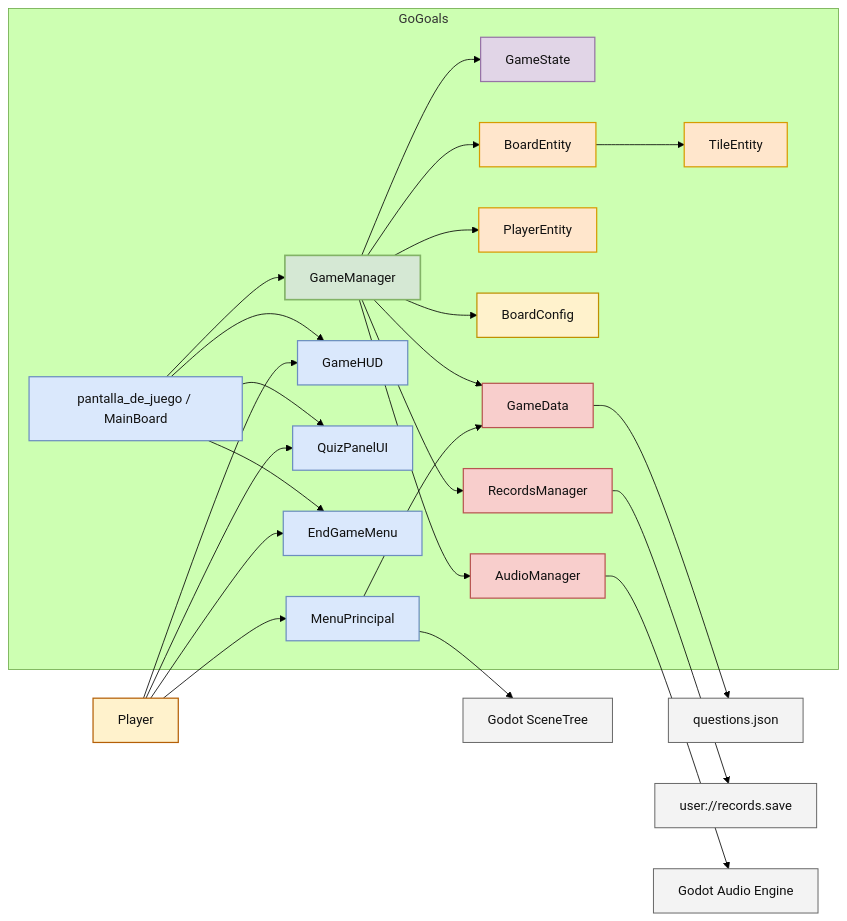
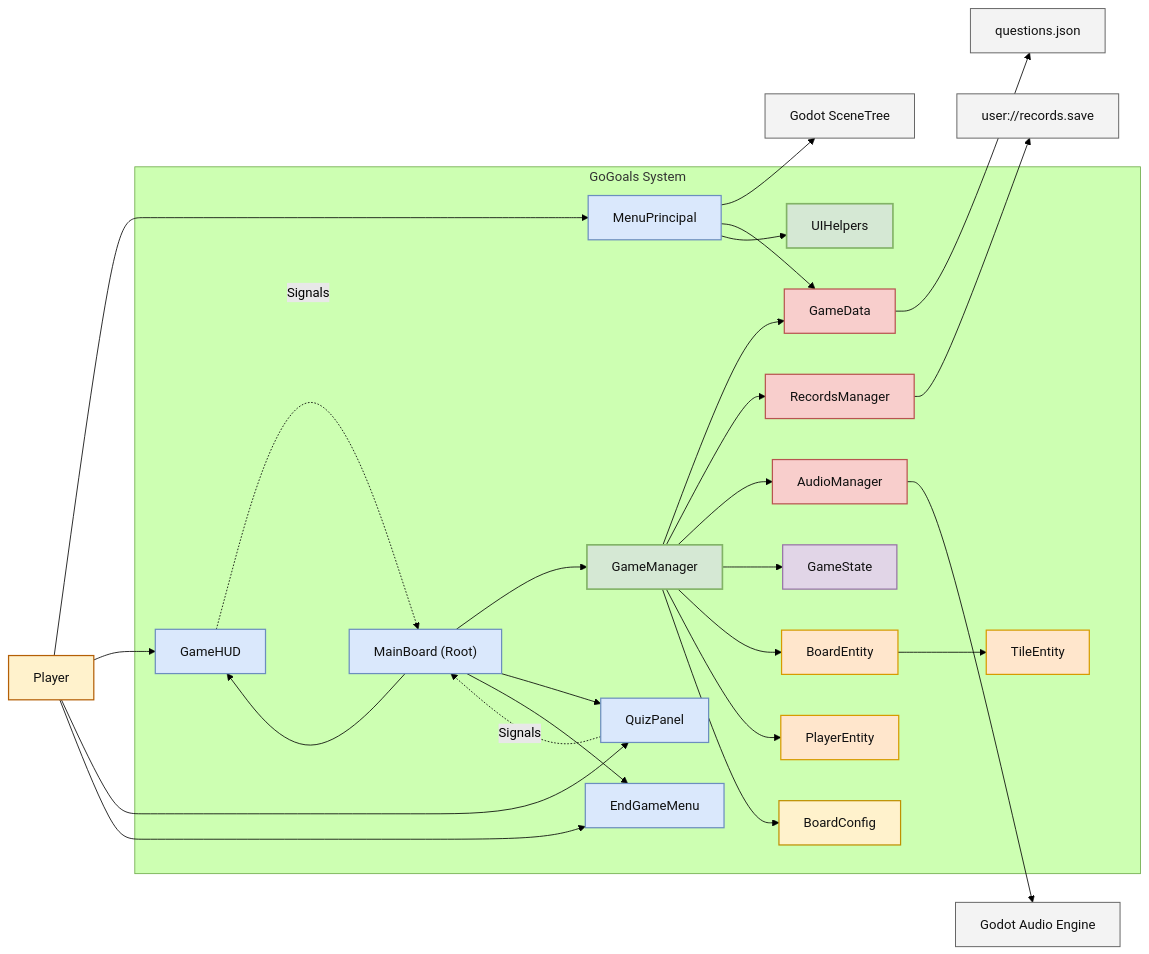
The diagram in docs/ARCHITECTURE.md (rmc03/GoGoals-Board-Videogame), drawn with Mermaid (forest theme) before and after one commit. The commit also changed other lines of this file and 187 other files, not shown here.

````diff
--- a/docs/ARCHITECTURE.md
+++ b/docs/ARCHITECTURE.md
@@ -103,62 +52,67 @@
 ```mermaid
 flowchart LR
     player["Player"]:::actor
     questions["questions.json"]:::external
     records["user://records.save"]:::external
     audio["Godot Audio Engine"]:::external
     tree["Godot SceneTree"]:::external
 
-    subgraph system["GoGoals"]
+    subgraph system["GoGoals System"]
         menu["MenuPrincipal"]:::ui
-        board_scene["pantalla_de_juego / MainBoard"]:::ui
+        board_scene["MainBoard (Root)"]:::ui
         hud["GameHUD"]:::ui
-        quiz["QuizPanelUI"]:::ui
+        quiz["QuizPanel"]:::ui
         endgame["EndGameMenu"]:::ui
 
         manager["GameManager"]:::core
         state["GameState"]:::state
         board["BoardEntity"]:::domain
         tile["TileEntity"]:::domain
         token["PlayerEntity"]:::domain
         config["BoardConfig"]:::config
+        uihelpers["UIHelpers"]:::core
 
         gdata["GameData"]:::service
         ranking["RecordsManager"]:::service
         sound["AudioManager"]:::service
     end
 
     player --> menu
     player --> hud
     player --> quiz
     player --> endgame
 
     menu --> tree
     menu --> gdata
+    menu --> uihelpers
 
     board_scene --> manager
     board_scene --> hud
     board_scene --> quiz
     board_scene --> endgame
+
+    hud -. "Signals" .-> board_scene
+    quiz -. "Signals" .-> board_scene
 
     manager --> gdata
     manager --> ranking
     manager --> sound
     manager --> state
     manager --> board
     board --> tile
     manager --> token
     manager --> config
 
     gdata --> questions
     ranking --> records
     sound --> audio
 
     classDef actor fill:#fff2cc,stroke:#b45f06,color:#111,stroke-width:1.5px
     classDef external fill:#f3f3f3,stroke:#666,color:#111,stroke-width:1.2px
     classDef ui fill:#dae8fc,stroke:#6c8ebf,color:#111,stroke-width:1.5px
     classDef core fill:#d5e8d4,stroke:#82b366,color:#111,stroke-width:2px
     classDef state fill:#e1d5e7,stroke:#9673a6,color:#111,stroke-width:1.5px
     classDef domain fill:#ffe6cc,stroke:#d79b00,color:#111,stroke-width:1.5px
     classDef service fill:#f8cecc,stroke:#b85450,color:#111,stroke-width:1.5px
     classDef config fill:#fff2cc,stroke:#bf9000,color:#111,stroke-width:1.5px
 ```
````
